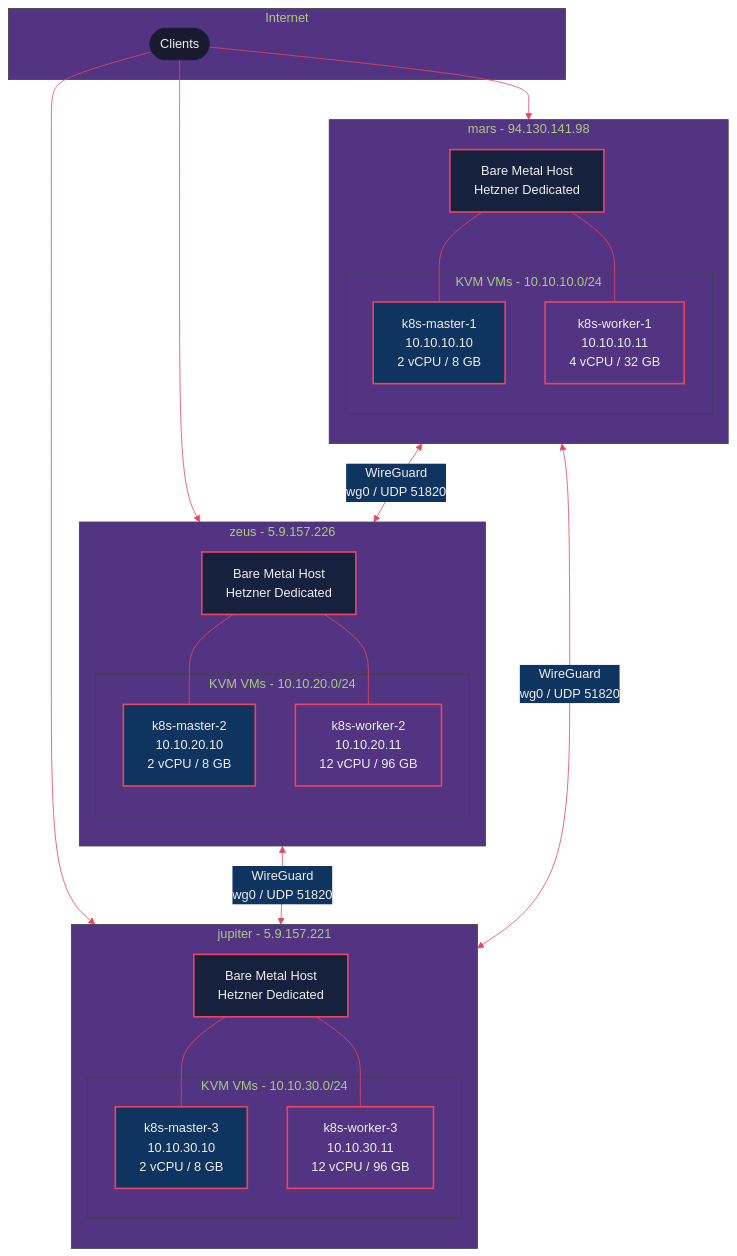
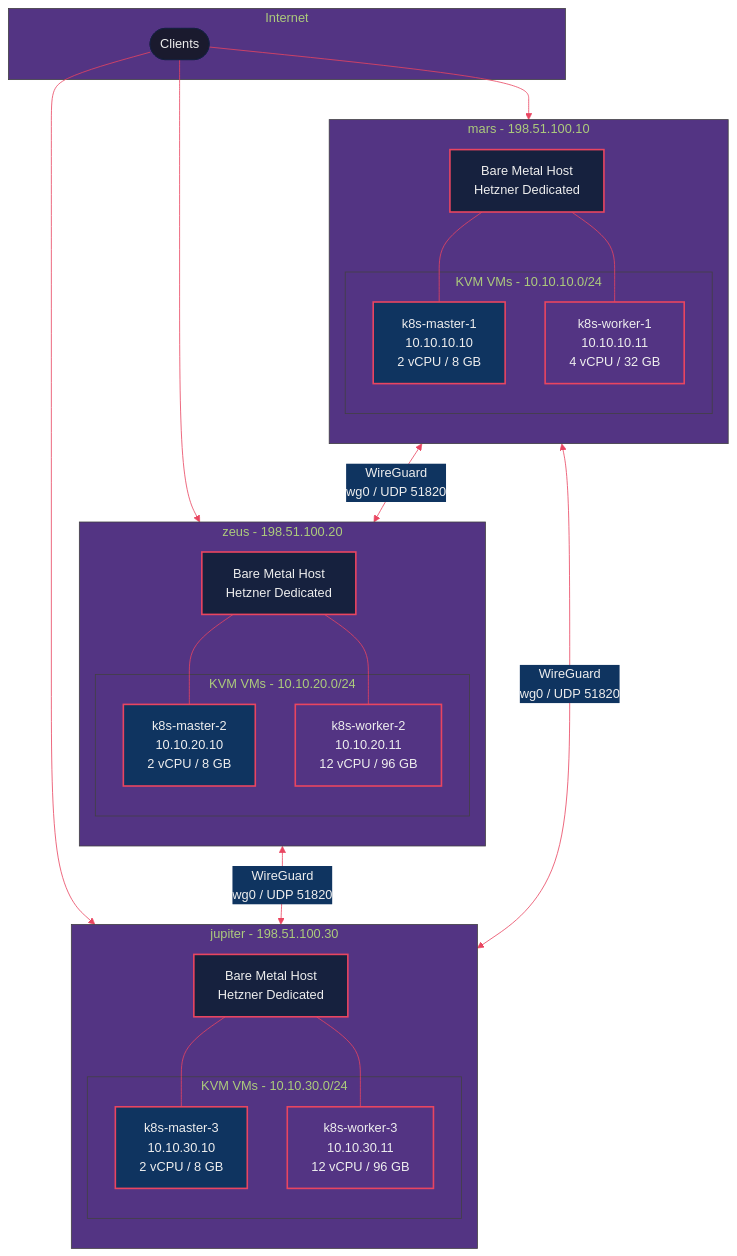
One commit to gjovanov/k8s-cluster-multi changed the diagram in docs/diagrams/01-topology.mmd. Above: the diagram before and after it, drawn with Mermaid. The commit also changed 24 other files, not shown here.

```diff
--- a/docs/diagrams/01-topology.mmd
+++ b/docs/diagrams/01-topology.mmd
@@ -1,55 +1,55 @@
 %%{init: {'theme': 'base', 'themeVariables': {'primaryColor': '#1a1a2e', 'primaryTextColor': '#eee', 'primaryBorderColor': '#16213e', 'lineColor': '#e94560', 'secondaryColor': '#0f3460', 'tertiaryColor': '#533483'}}}%%
 graph TB
     subgraph INTERNET["Internet"]
         CLIENT([Clients])
     end
 
-    subgraph MARS["mars - 94.130.141.98"]
+    subgraph MARS["mars - 198.51.100.10"]
         direction TB
         MARS_HOST[Bare Metal Host<br/>Hetzner Dedicated]
         subgraph MARS_VMS["KVM VMs - 10.10.10.0/24"]
             M1[k8s-master-1<br/>10.10.10.10<br/>2 vCPU / 8 GB]
             W1[k8s-worker-1<br/>10.10.10.11<br/>4 vCPU / 32 GB]
         end
         MARS_HOST --- M1
         MARS_HOST --- W1
     end
 
-    subgraph ZEUS["zeus - 5.9.157.226"]
+    subgraph ZEUS["zeus - 198.51.100.20"]
         direction TB
         ZEUS_HOST[Bare Metal Host<br/>Hetzner Dedicated]
         subgraph ZEUS_VMS["KVM VMs - 10.10.20.0/24"]
             M2[k8s-master-2<br/>10.10.20.10<br/>2 vCPU / 8 GB]
             W2[k8s-worker-2<br/>10.10.20.11<br/>12 vCPU / 96 GB]
         end
         ZEUS_HOST --- M2
         ZEUS_HOST --- W2
     end
 
-    subgraph JUPITER["jupiter - 5.9.157.221"]
+    subgraph JUPITER["jupiter - 198.51.100.30"]
         direction TB
         JUPITER_HOST[Bare Metal Host<br/>Hetzner Dedicated]
         subgraph JUPITER_VMS["KVM VMs - 10.10.30.0/24"]
             M3[k8s-master-3<br/>10.10.30.10<br/>2 vCPU / 8 GB]
             W3[k8s-worker-3<br/>10.10.30.11<br/>12 vCPU / 96 GB]
         end
         JUPITER_HOST --- M3
         JUPITER_HOST --- W3
     end
 
     CLIENT --> MARS_HOST
     CLIENT --> ZEUS_HOST
     CLIENT --> JUPITER_HOST
 
     MARS_HOST <-->|WireGuard<br/>wg0 / UDP 51820| ZEUS_HOST
     MARS_HOST <-->|WireGuard<br/>wg0 / UDP 51820| JUPITER_HOST
     ZEUS_HOST <-->|WireGuard<br/>wg0 / UDP 51820| JUPITER_HOST
 
     classDef hostStyle fill:#16213e,stroke:#e94560,stroke-width:2px,color:#eee
     classDef masterStyle fill:#0f3460,stroke:#e94560,stroke-width:2px,color:#eee
     classDef workerStyle fill:#533483,stroke:#e94560,stroke-width:2px,color:#eee
     classDef subnetStyle fill:#1a1a2e,stroke:#16213e,stroke-width:1px,color:#eee
 
     class MARS_HOST,ZEUS_HOST,JUPITER_HOST hostStyle
     class M1,M2,M3 masterStyle
     class W1,W2,W3 workerStyle
```
